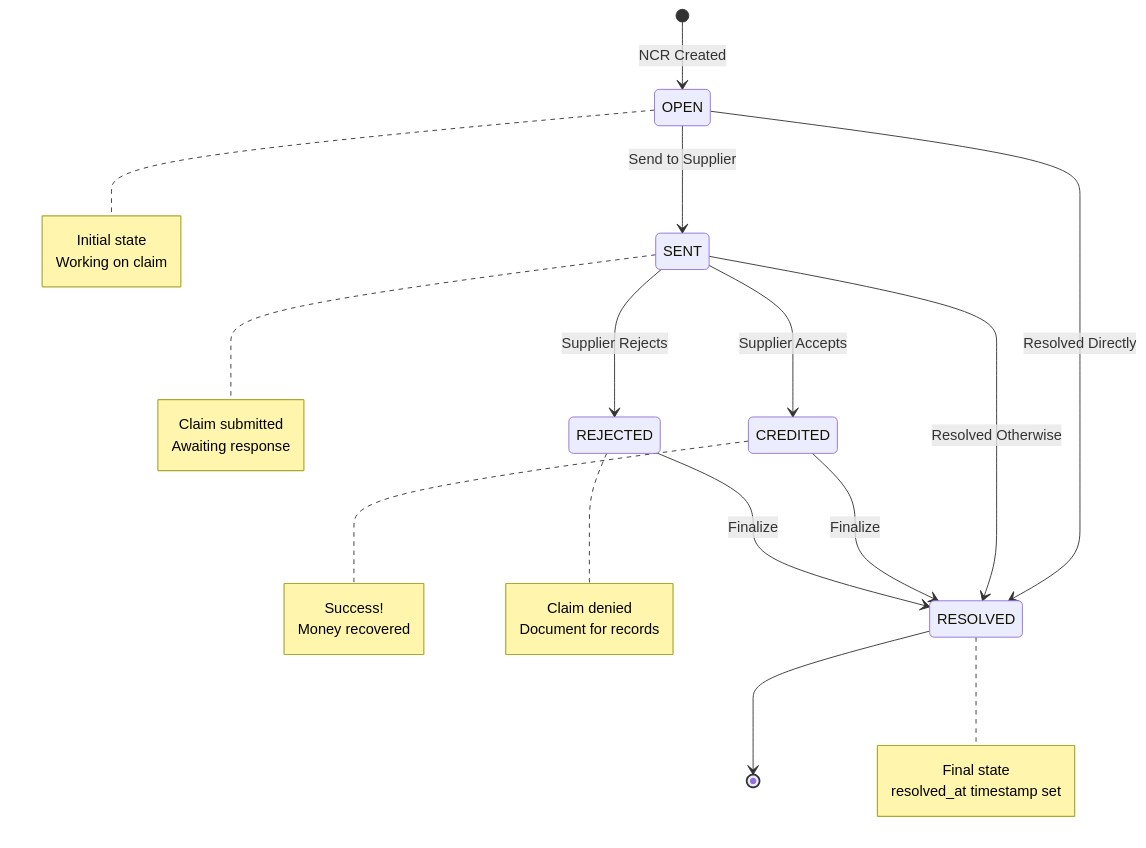
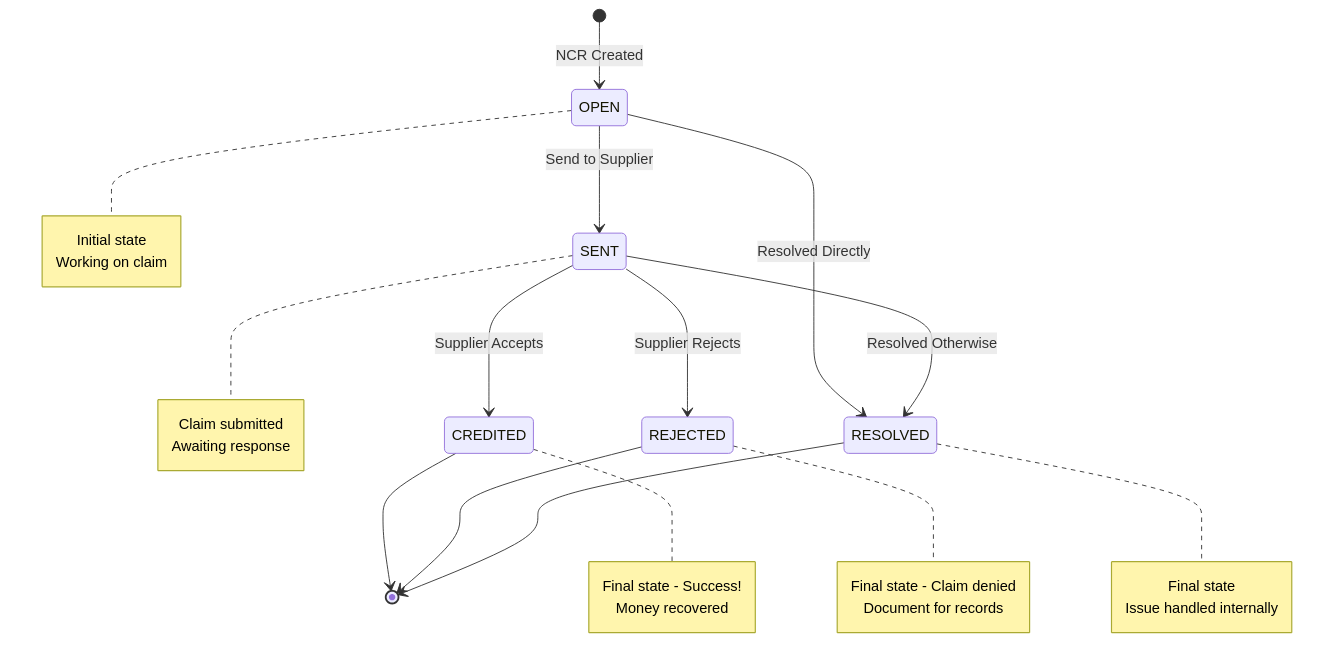
The second of 8 diagrams in project-docs/dev-guide/phase2/phase-2.2-ncr-management.md (alkholigroup2020/stock-management-system), drawn with Mermaid before and after one commit. The commit also changed other lines of this file and 3 other files, not shown here.

````diff
--- a/project-docs/dev-guide/phase2/phase-2.2-ncr-management.md
+++ b/project-docs/dev-guide/phase2/phase-2.2-ncr-management.md
@@ -289,40 +289,40 @@
 ```mermaid
 stateDiagram-v2
     [*] --> OPEN: NCR Created
 
     OPEN --> SENT: Send to Supplier
+    OPEN --> RESOLVED: Resolved Directly
+
     SENT --> CREDITED: Supplier Accepts
     SENT --> REJECTED: Supplier Rejects
+    SENT --> RESOLVED: Resolved Otherwise
 
-    OPEN --> RESOLVED: Resolved Directly
-    SENT --> RESOLVED: Resolved Otherwise
-    CREDITED --> RESOLVED: Finalize
-    REJECTED --> RESOLVED: Finalize
-
+    CREDITED --> [*]
+    REJECTED --> [*]
     RESOLVED --> [*]
 
     note right of OPEN
         Initial state
         Working on claim
     end note
 
     note right of SENT
         Claim submitted
         Awaiting response
     end note
 
     note right of CREDITED
-        Success!
+        Final state - Success!
         Money recovered
     end note
 
     note right of REJECTED
-        Claim denied
+        Final state - Claim denied
         Document for records
     end note
 
     note right of RESOLVED
         Final state
-        resolved_at timestamp set
+        Issue handled internally
     end note
 ```
````
